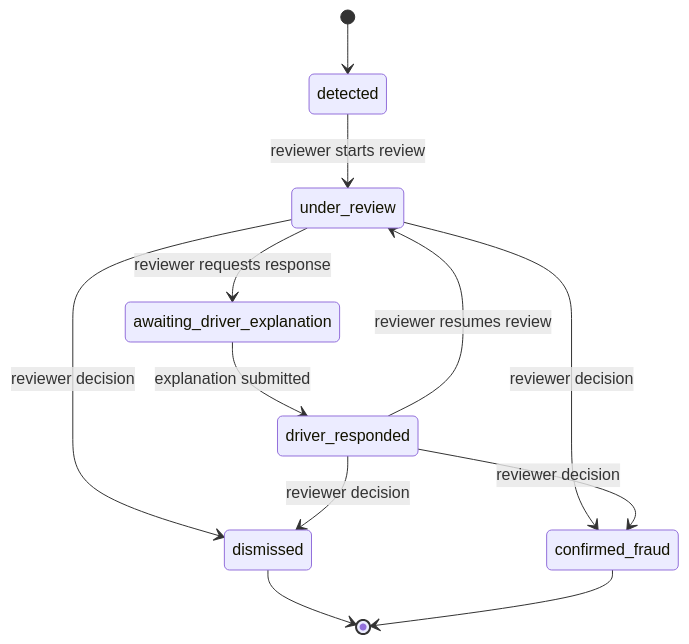
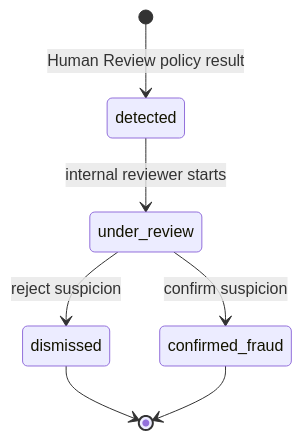
One commit to holuonganwork/holuonganwork-HoLuongAn_VFS_GSM_ChongGianLan changed the second of 2 diagrams in docs/architecture.md. Above: the diagram before and after it, drawn with Mermaid. The commit also changed other lines of this file and 18 other files, not shown here.

Commit message:
docs(architecture): document transition and scaffold detailed design

````diff
--- a/docs/architecture.md
+++ b/docs/architecture.md
@@ -72,14 +105,9 @@
 ```mermaid
 stateDiagram-v2
-    [*] --> detected
-    detected --> under_review: reviewer starts review
-    under_review --> awaiting_driver_explanation: reviewer requests response
-    awaiting_driver_explanation --> driver_responded: explanation submitted
-    driver_responded --> under_review: reviewer resumes review
-    under_review --> dismissed: reviewer decision
-    under_review --> confirmed_fraud: reviewer decision
-    driver_responded --> dismissed: reviewer decision
-    driver_responded --> confirmed_fraud: reviewer decision
+    [*] --> detected: Human Review policy result
+    detected --> under_review: internal reviewer starts
+    under_review --> dismissed: reject suspicion
+    under_review --> confirmed_fraud: confirm suspicion
     dismissed --> [*]
     confirmed_fraud --> [*]
 ```
````
